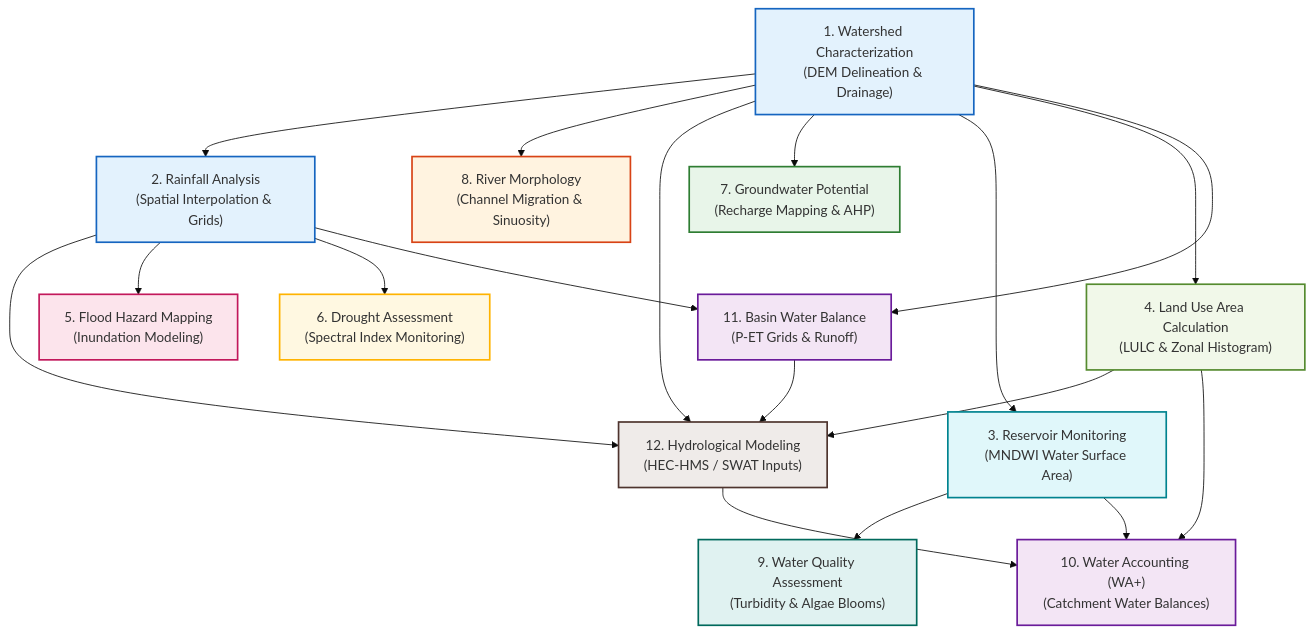
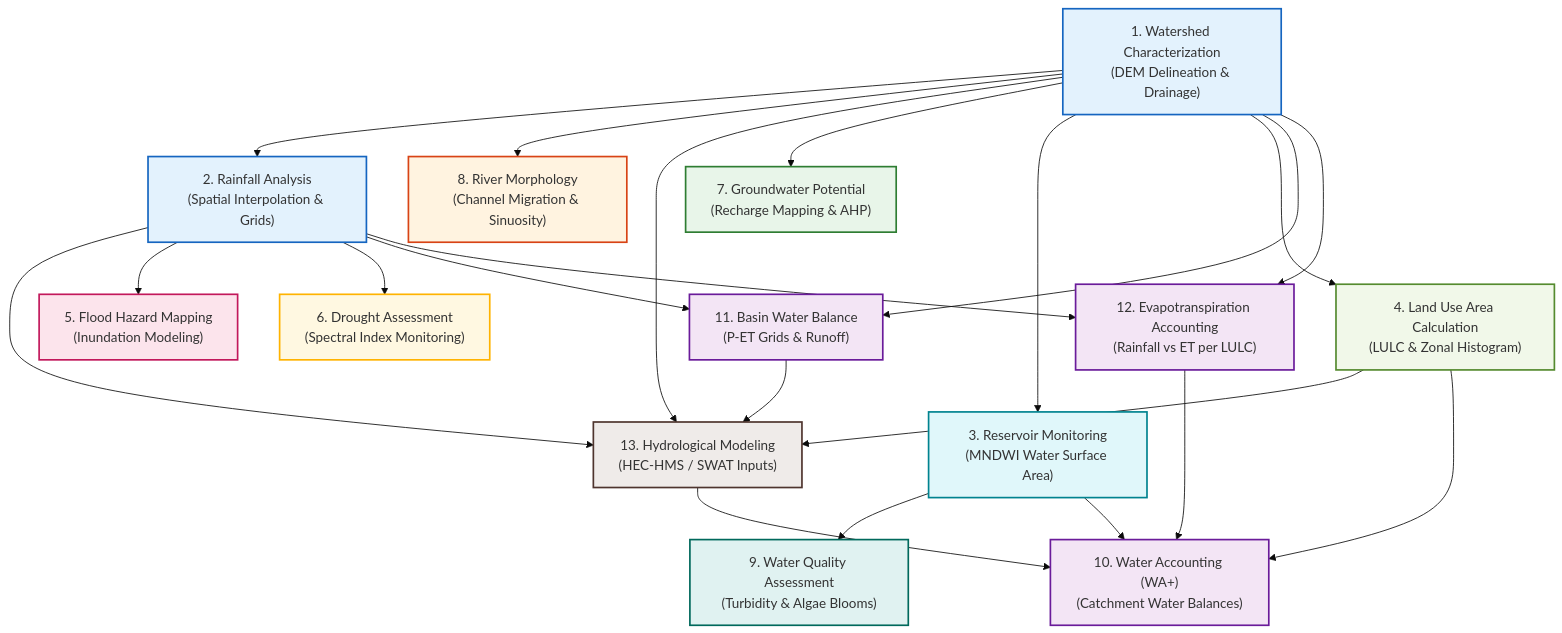
Before and after one commit to Rotten-Grapes-Pvt-Ltd/QGIS-WECS: the diagram in docs/hydrology_apps/index.md, drawn with Mermaid (base theme). The commit also changed other lines of this file and 2 other files, not shown here.

Commit message:
docs: add and integrate Evapotranspiration Accounting guide

````diff
--- a/docs/hydrology_apps/index.md
+++ b/docs/hydrology_apps/index.md
@@ -13,40 +13,45 @@
 ```mermaid
 flowchart TD
     A["1. Watershed Characterization<br/>(DEM Delineation & Drainage)"] --> B["2. Rainfall Analysis<br/>(Spatial Interpolation & Grids)"]
     A --> C["8. River Morphology<br/>(Channel Migration & Sinuosity)"]
-    A --> J["12. Hydrological Modeling<br/>(HEC-HMS / SWAT Inputs)"]
+    A --> J["13. Hydrological Modeling<br/>(HEC-HMS / SWAT Inputs)"]
     
     B --> J
     B --> D["5. Flood Hazard Mapping<br/>(Inundation Modeling)"]
     B --> E["6. Drought Assessment<br/>(Spectral Index Monitoring)"]
     
     A --> F["7. Groundwater Potential<br/>(Recharge Mapping & AHP)"]
     
     A --> G["3. Reservoir Monitoring<br/>(MNDWI Water Surface Area)"]
     G --> H["9. Water Quality Assessment<br/>(Turbidity & Algae Blooms)"]
     
     J --> I["10. Water Accounting (WA+)<br/>(Catchment Water Balances)"]
     G --> I
     
     A --> K["4. Land Use Area Calculation<br/>(LULC & Zonal Histogram)"]
     K --> J
     K --> I
     
     A --> L["11. Basin Water Balance<br/>(P-ET Grids & Runoff)"]
     B --> L
     L --> J
 
+    A --> M["12. Evapotranspiration Accounting<br/>(Rainfall vs ET per LULC)"]
+    B --> M
+    M --> I
+
     %% Styling
     style A fill:#e3f2fd,stroke:#1565c0,stroke-width:2px
     style B fill:#e3f2fd,stroke:#1565c0,stroke-width:2px
     style C fill:#fff3e0,stroke:#d84315,stroke-width:2px
     style D fill:#fce4ec,stroke:#c2185b,stroke-width:2px
     style E fill:#fff8e1,stroke:#ffb300,stroke-width:2px
     style F fill:#e8f5e9,stroke:#2e7d32,stroke-width:2px
     style G fill:#e0f7fa,stroke:#00838f,stroke-width:2px
     style H fill:#e0f2f1,stroke:#00695c,stroke-width:2px
     style I fill:#f3e5f5,stroke:#6a1b9a,stroke-width:2px
     style J fill:#efebe9,stroke:#4e342e,stroke-width:2px
     style K fill:#f1f8e9,stroke:#558b2f,stroke-width:2px
     style L fill:#f3e5f5,stroke:#6a1b9a,stroke-width:2px
+    style M fill:#f3e5f5,stroke:#6a1b9a,stroke-width:2px
 ```
````
